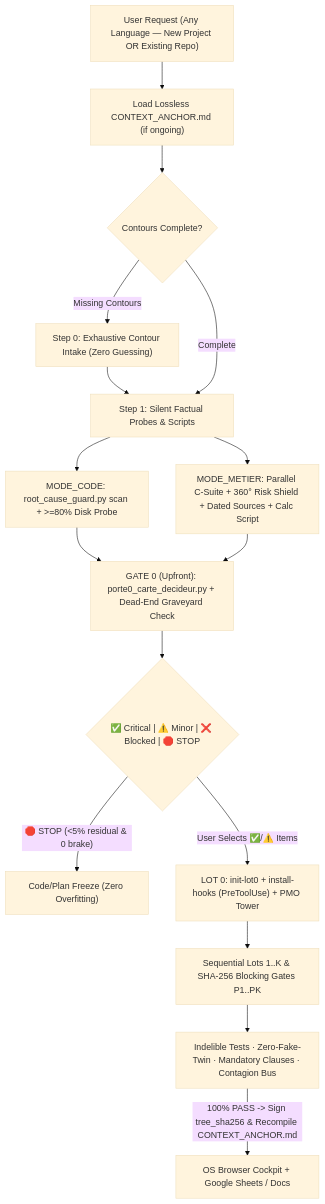
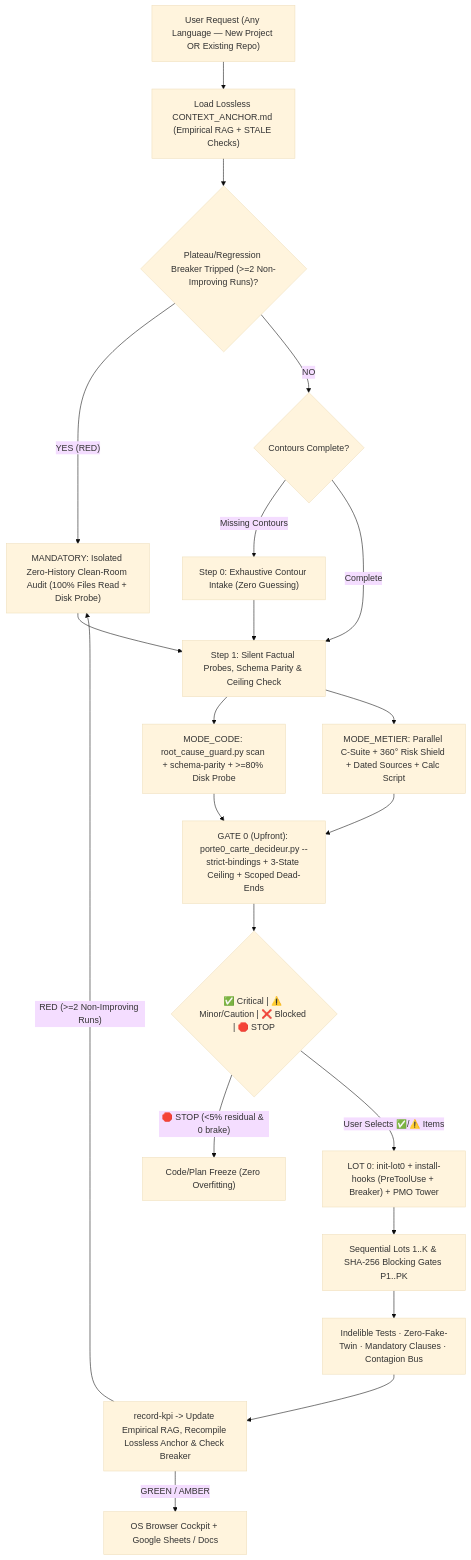
The diagram in README.md (Foch1974/ExCom), drawn with Mermaid (base theme) before and after one commit. The commit also changed other lines of this file and 9 other files, not shown here.

Commit message:
feat(v3.2.0): add Clean-Room Circuit Breaker, 3-state foundation ceiling, programmatic Gate 0 bindings, falsifiable dead-ends, and AST/mock schema parity

````diff
--- a/README.md
+++ b/README.md
@@ -30,20 +32,25 @@
 ```mermaid
 flowchart TD
-    IN["User Request (Any Language — New Project OR Existing Repo)"] --> ANCHOR["Load Lossless CONTEXT_ANCHOR.md (if ongoing)"]
-    ANCHOR --> S0{"Contours Complete?"}
+    IN["User Request (Any Language — New Project OR Existing Repo)"] --> ANCHOR["Load Lossless CONTEXT_ANCHOR.md (Empirical RAG + STALE Checks)"]
+    ANCHOR --> CR_CHK{"Plateau/Regression Breaker Tripped (>=2 Non-Improving Runs)?"}
+    CR_CHK -- "YES (RED)" --> CLEAN["MANDATORY: Isolated Zero-History Clean-Room Audit (100% Files Read + Disk Probe)"]
+    CLEAN --> S1
+    CR_CHK -- "NO" --> S0{"Contours Complete?"}
     S0 -- "Missing Contours" --> Q["Step 0: Exhaustive Contour Intake (Zero Guessing)"]
     Q --> S1
-    S0 -- "Complete" --> S1["Step 1: Silent Factual Probes & Scripts"]
+    S0 -- "Complete" --> S1["Step 1: Silent Factual Probes, Schema Parity & Ceiling Check"]
 
-    S1 --> P_CODE["MODE_CODE: root_cause_guard.py scan + >=80% Disk Probe"]
+    S1 --> P_CODE["MODE_CODE: root_cause_guard.py scan + schema-parity + >=80% Disk Probe"]
     S1 --> P_MET["MODE_METIER: Parallel C-Suite + 360° Risk Shield + Dated Sources + Calc Script"]
 
-    P_CODE & P_MET --> P0["GATE 0 (Upfront): porte0_carte_decideur.py + Dead-End Graveyard Check"]
-    P0 --> VERDICT{"✅ Critical | ⚠️ Minor | ❌ Blocked | 🛑 STOP"}
+    P_CODE & P_MET --> P0["GATE 0 (Upfront): porte0_carte_decideur.py --strict-bindings + 3-State Ceiling + Scoped Dead-Ends"]
+    P0 --> VERDICT{"✅ Critical | ⚠️ Minor/Caution | ❌ Blocked | 🛑 STOP"}
     VERDICT -- "🛑 STOP (<5% residual & 0 brake)" --> HALT["Code/Plan Freeze (Zero Overfitting)"]
-    VERDICT -- "User Selects ✅/⚠️ Items" --> LOT0["LOT 0: init-lot0 + install-hooks (PreToolUse) + PMO Tower"]
+    VERDICT -- "User Selects ✅/⚠️ Items" --> LOT0["LOT 0: init-lot0 + install-hooks (PreToolUse + Breaker) + PMO Tower"]
 
     LOT0 --> GATES["Sequential Lots 1..K & SHA-256 Blocking Gates P1..PK"]
     GATES --> CHECK["Indelible Tests · Zero-Fake-Twin · Mandatory Clauses · Contagion Bus"]
-    CHECK -- "100% PASS -> Sign tree_sha256 & Recompile CONTEXT_ANCHOR.md" --> LIVE["OS Browser Cockpit + Google Sheets / Docs"]
+    CHECK --> KPI["record-kpi -> Update Empirical RAG, Recompile Lossless Anchor & Check Breaker"]
+    KPI -- "GREEN / AMBER" --> LIVE["OS Browser Cockpit + Google Sheets / Docs"]
+    KPI -- "RED (>=2 Non-Improving Runs)" --> CLEAN
 ```
````
